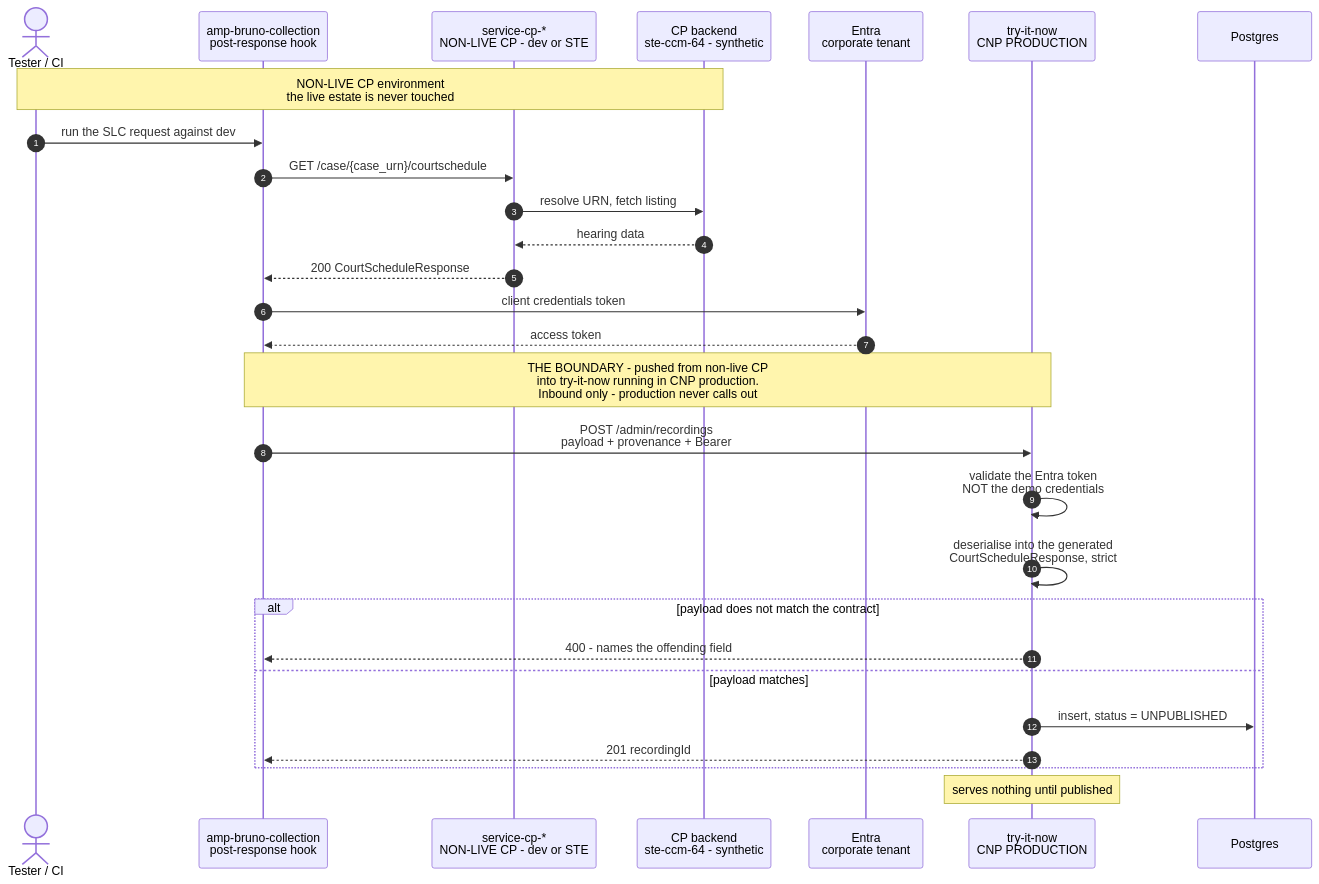
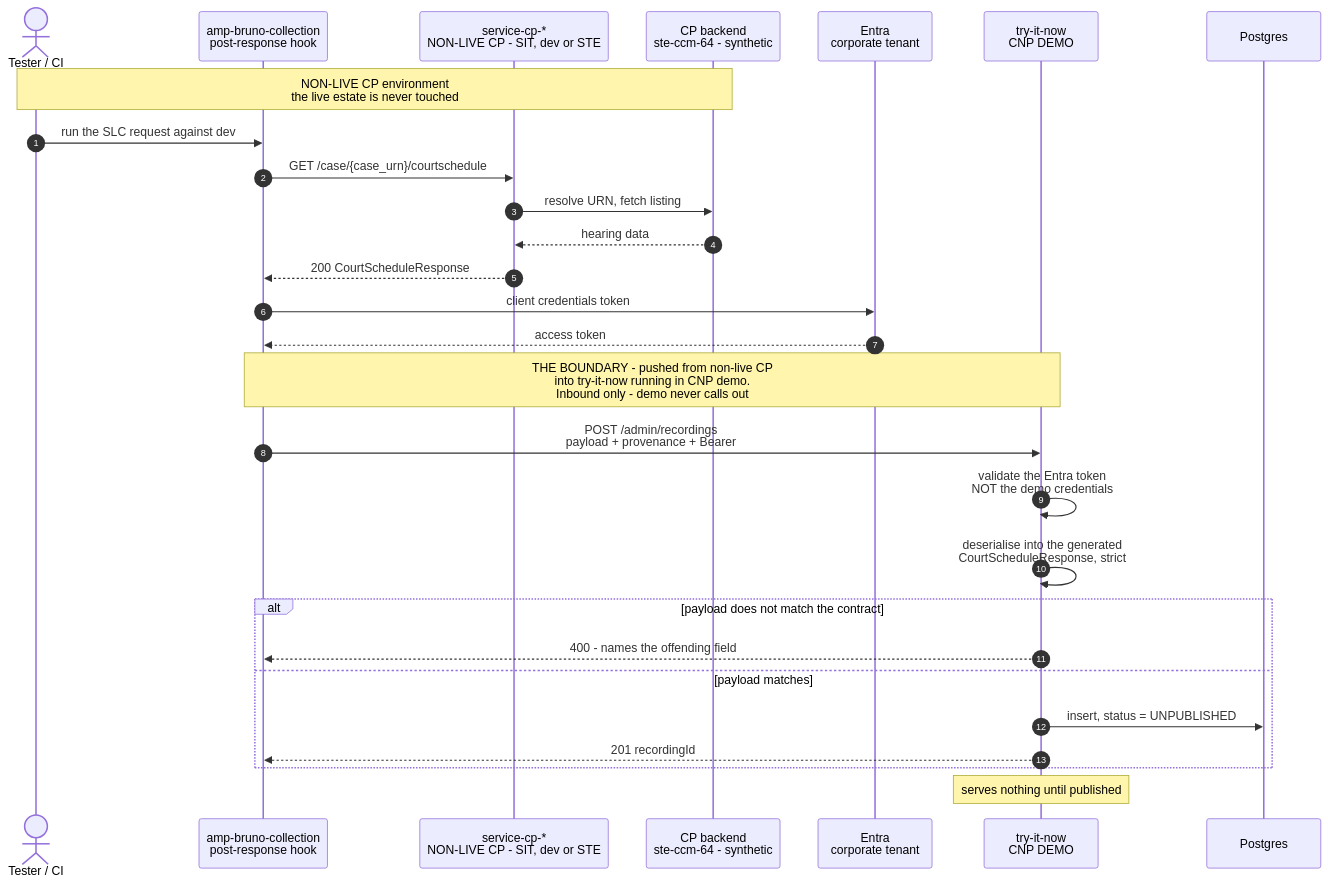
Before and after one commit to hmcts/try-cp-crime-schedulingandlisting-courtschedule: the third of 4 diagrams in README.md, drawn with Mermaid. The commit also changed other lines of this file and 3 other files, not shown here.

First line of the commit message:
Demo is the last environment; there is no production deployment

````diff
--- a/README.md
+++ b/README.md
@@ -242,33 +258,33 @@
 ```mermaid
 sequenceDiagram
   autonumber
   actor T as Tester / CI
   participant BR as amp-bruno-collection<br/>post-response hook
-  participant AMP as service-cp-*<br/>NON-LIVE CP - dev or STE
+  participant AMP as service-cp-*<br/>NON-LIVE CP - SIT, dev or STE
   participant CP as CP backend<br/>ste-ccm-64 - synthetic
   participant E as Entra<br/>corporate tenant
-  participant TIN as try-it-now<br/>CNP PRODUCTION
+  participant TIN as try-it-now<br/>CNP DEMO
   participant DB as Postgres
 
   Note over T,CP: NON-LIVE CP environment<br/>the live estate is never touched
   T->>BR: run the SLC request against dev
   BR->>AMP: GET /case/{case_urn}/courtschedule
   AMP->>CP: resolve URN, fetch listing
   CP-->>AMP: hearing data
   AMP-->>BR: 200 CourtScheduleResponse
 
   BR->>E: client credentials token
   E-->>BR: access token
-  Note over BR,TIN: THE BOUNDARY - pushed from non-live CP<br/>into try-it-now running in CNP production.<br/>Inbound only - production never calls out
+  Note over BR,TIN: THE BOUNDARY - pushed from non-live CP<br/>into try-it-now running in CNP demo.<br/>Inbound only - demo never calls out
   BR->>TIN: POST /admin/recordings<br/>payload + provenance + Bearer
   TIN->>TIN: validate the Entra token<br/>NOT the demo credentials
   TIN->>TIN: deserialise into the generated<br/>CourtScheduleResponse, strict
 
   alt payload does not match the contract
     TIN-->>BR: 400 - names the offending field
   else payload matches
     TIN->>DB: insert, status = UNPUBLISHED
     TIN-->>BR: 201 recordingId
   end
   Note over TIN: serves nothing until published
 ```
````
